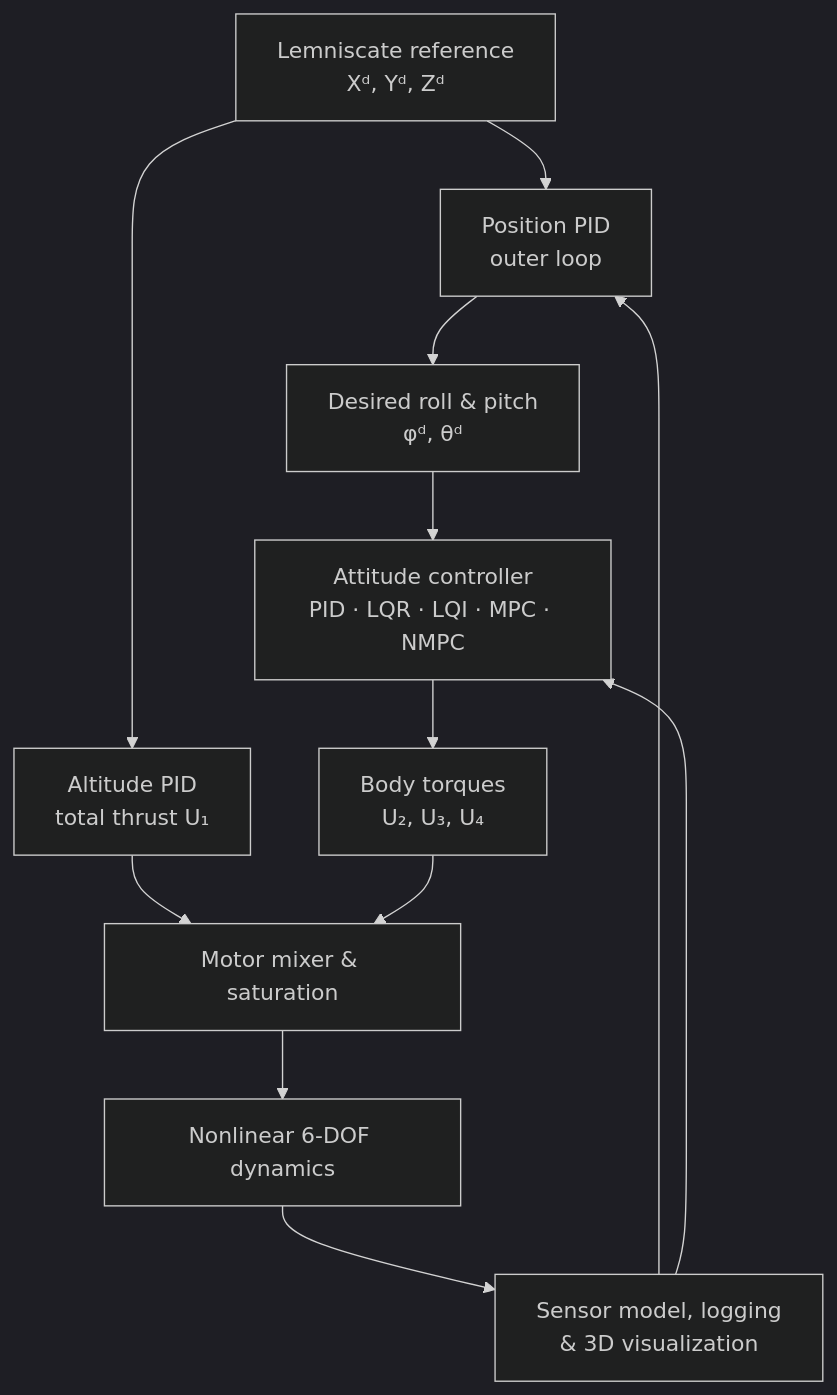
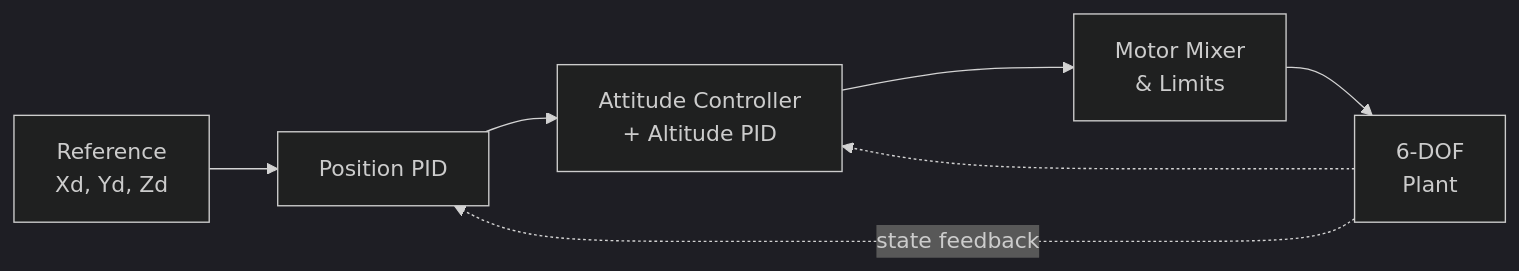
Before and after one commit to Gipyo-Park/Multirotor-matlab-testbed: the diagram in README.md, drawn with Mermaid (dark theme). The commit also changed other lines of this file and 1 other file, not shown here.

Commit message:
Refine bilingual README and controller derivations

````diff
--- a/README.md
+++ b/README.md
@@ -38,14 +46,9 @@
 ```mermaid
-flowchart TD
-    A["Lemniscate reference<br/>Xᵈ, Yᵈ, Zᵈ"] --> B["Position PID<br/>outer loop"]
-    B --> C["Desired roll & pitch<br/>φᵈ, θᵈ"]
-    C --> D["Attitude controller<br/>PID · LQR · LQI · MPC · NMPC"]
-    A --> E["Altitude PID<br/>total thrust U₁"]
-    D --> F["Body torques<br/>U₂, U₃, U₄"]
-    E --> G["Motor mixer & saturation"]
-    F --> G
-    G --> H["Nonlinear 6-DOF dynamics"]
-    H --> I["Sensor model, logging<br/>& 3D visualization"]
-    I --> B
-    I --> D
+flowchart LR
+    A["Reference<br/>Xd, Yd, Zd"] --> B["Position PID"]
+    B --> C["Attitude Controller<br/>+ Altitude PID"]
+    C --> D["Motor Mixer<br/>& Limits"]
+    D --> E["6-DOF<br/>Plant"]
+    E -. "state feedback" .-> B
+    E -.-> C
 ```
````
